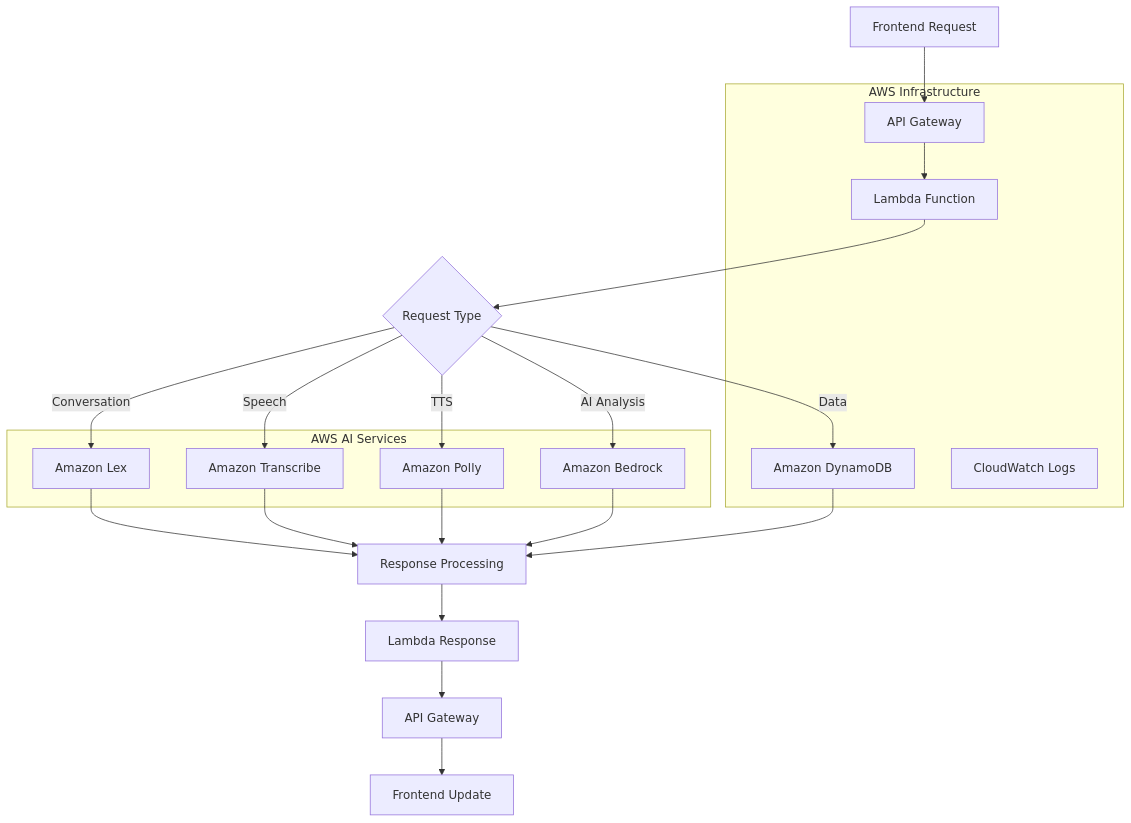
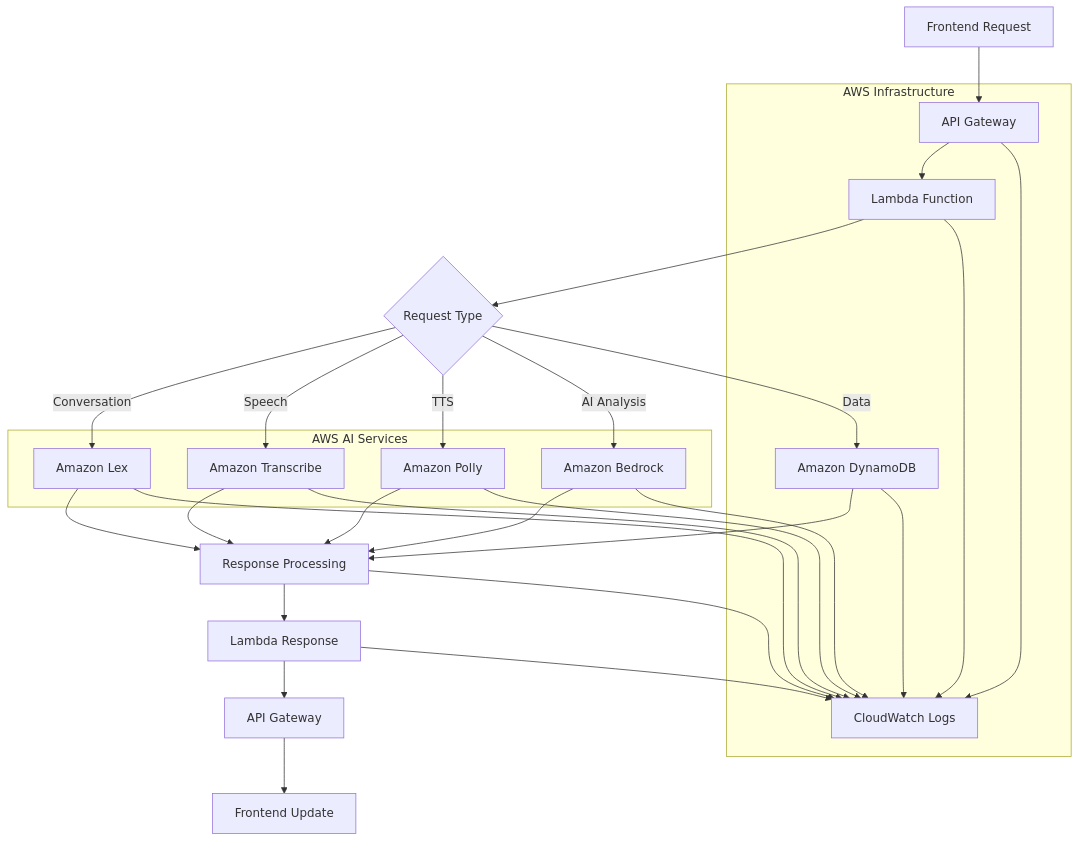
One commit to ryanlau1220/AI-Powered-Language-Learning-Companion changed the second of 2 diagrams in README.md. Above: the diagram before and after it, drawn with Mermaid.

````diff
--- a/README.md
+++ b/README.md
@@ -150,36 +150,47 @@
 ```mermaid
 flowchart TD
     A[Frontend Request] --> B[API Gateway]
     B --> C[Lambda Function]
     
     C --> D{Request Type}
     D -->|Conversation| E[Amazon Lex]
     D -->|Speech| F[Amazon Transcribe]
     D -->|TTS| G[Amazon Polly]
     D -->|AI Analysis| H[Amazon Bedrock]
     D -->|Data| I[Amazon DynamoDB]
     
     E --> J[Response Processing]
     F --> J
     G --> J
     H --> J
     I --> J
     
     J --> K[Lambda Response]
     K --> L[API Gateway]
     L --> M[Frontend Update]
     
+    %% CloudWatch Logs connections
+    B --> N[CloudWatch Logs]
+    C --> N
+    E --> N
+    F --> N
+    G --> N
+    H --> N
+    I --> N
+    J --> N
+    K --> N
+    
     subgraph "AWS AI Services"
         E
         F
         G
         H
     end
     
     subgraph "AWS Infrastructure"
         B
         C
         I
-        N[CloudWatch Logs]
+        N
     end
 ```
````
